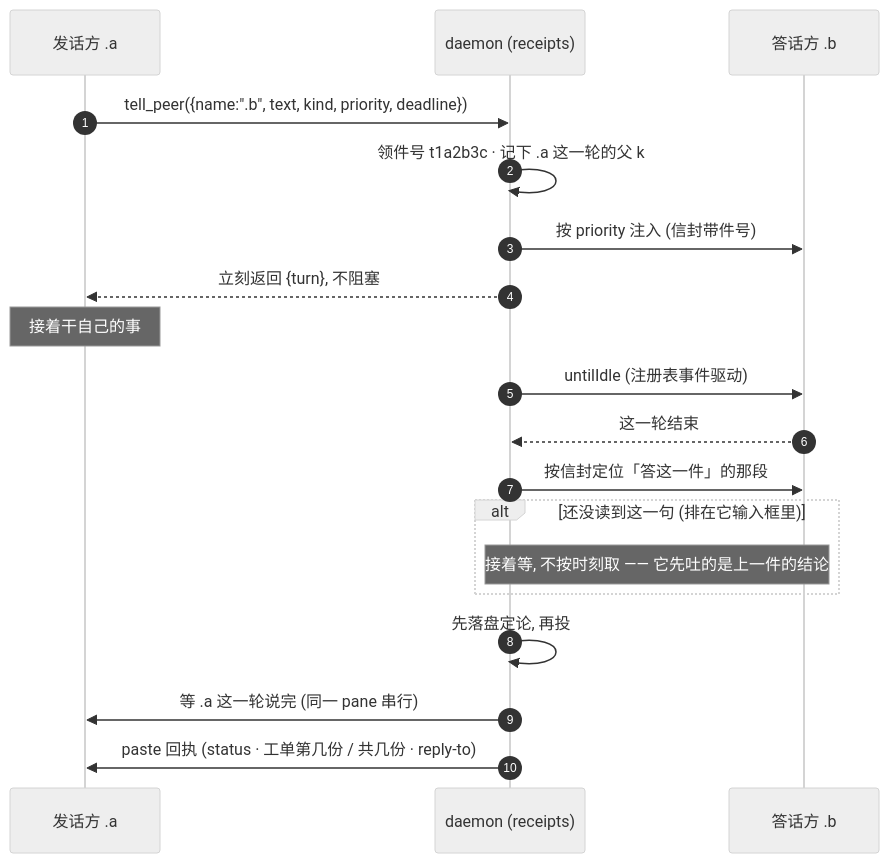
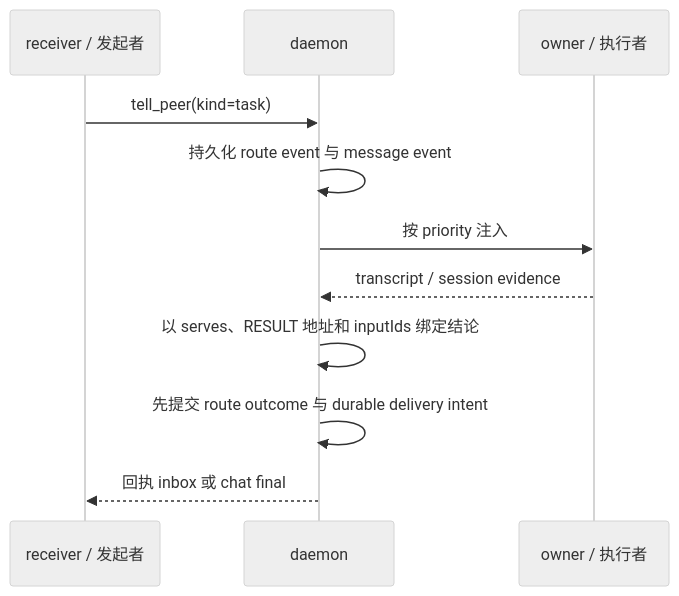
Diagram 11 of 15 in 技术说明.md (guxi11/wezard), drawn with Mermaid (neutral theme) before and after one commit. The commit also changed other lines of this file and 19 other files, not shown here.

````diff
--- a/技术说明.md
+++ b/技术说明.md
@@ -397,22 +395,13 @@
 ```mermaid
 sequenceDiagram
-    autonumber
-    participant A as 发话方 .a
-    participant D as daemon (receipts)
-    participant B as 答话方 .b
-
-    A->>D: tell_peer({name:".b", text, kind, priority, deadline})
-    D->>D: 领件号 t1a2b3c · 记下 .a 这一轮的父 k
-    D->>B: 按 priority 注入 (信封带件号)
-    D-->>A: 立刻返回 {turn}, 不阻塞
-    Note over A: 接着干自己的事
-    D->>B: untilIdle (注册表事件驱动)
-    B-->>D: 这一轮结束
-    D->>B: 按信封定位「答这一件」的那段
-    alt 还没读到这一句 (排在它输入框里)
-        Note over D,B: 接着等, 不按时刻取 —— 它先吐的是上一件的结论
-    end
-    D->>D: 先落盘定论, 再投
-    D->>A: 等 .a 这一轮说完 (同一 pane 串行)
-    D->>A: paste 回执 (status · 工单第几份 / 共几份 · reply-to)
+    participant A as receiver / 发起者
+    participant D as daemon
+    participant B as owner / 执行者
+    A->>D: tell_peer(kind=task)
+    D->>D: 持久化 route event 与 message event
+    D->>B: 按 priority 注入
+    B-->>D: transcript / session evidence
+    D->>D: 以 serves、RESULT 地址和 inputIds 绑定结论
+    D->>D: 先提交 route outcome 与 durable delivery intent
+    D-->>A: 回执 inbox 或 chat final
 ```
````
